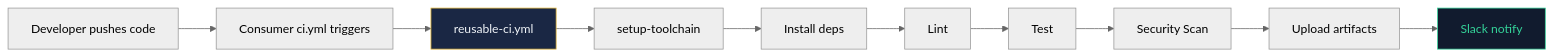
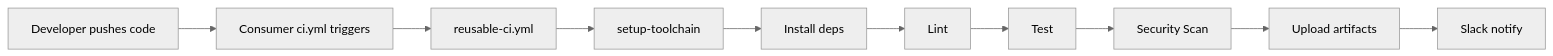
The second of 6 diagrams in docs/02-architecture.md (mruthyunjaya-lakkappanavar/gha-reusable-workflows-docs), drawn with Mermaid (neutral theme) before and after one commit. The commit also changed other lines of this file and 4 other files, not shown here.

Commit message:
Remove hardcoded dark styles from Mermaid diagrams for light/dark mode support

````diff
--- a/docs/02-architecture.md
+++ b/docs/02-architecture.md
@@ -103,15 +93,12 @@
 ```mermaid
 flowchart LR
     A["Developer pushes code"] --> B["Consumer ci.yml triggers"]
     B --> C["reusable-ci.yml"]
     C --> D["setup-toolchain"]
     D --> E["Install deps"]
     E --> F["Lint"]
     F --> G["Test"]
     G --> H["Security Scan"]
     H --> I["Upload artifacts"]
     I --> J["Slack notify"]
-
-    style C fill:#1a2744,stroke:#e5b83a,color:#f0f4f8
-    style J fill:#111b2e,stroke:#34d399,color:#34d399
 ```
````
